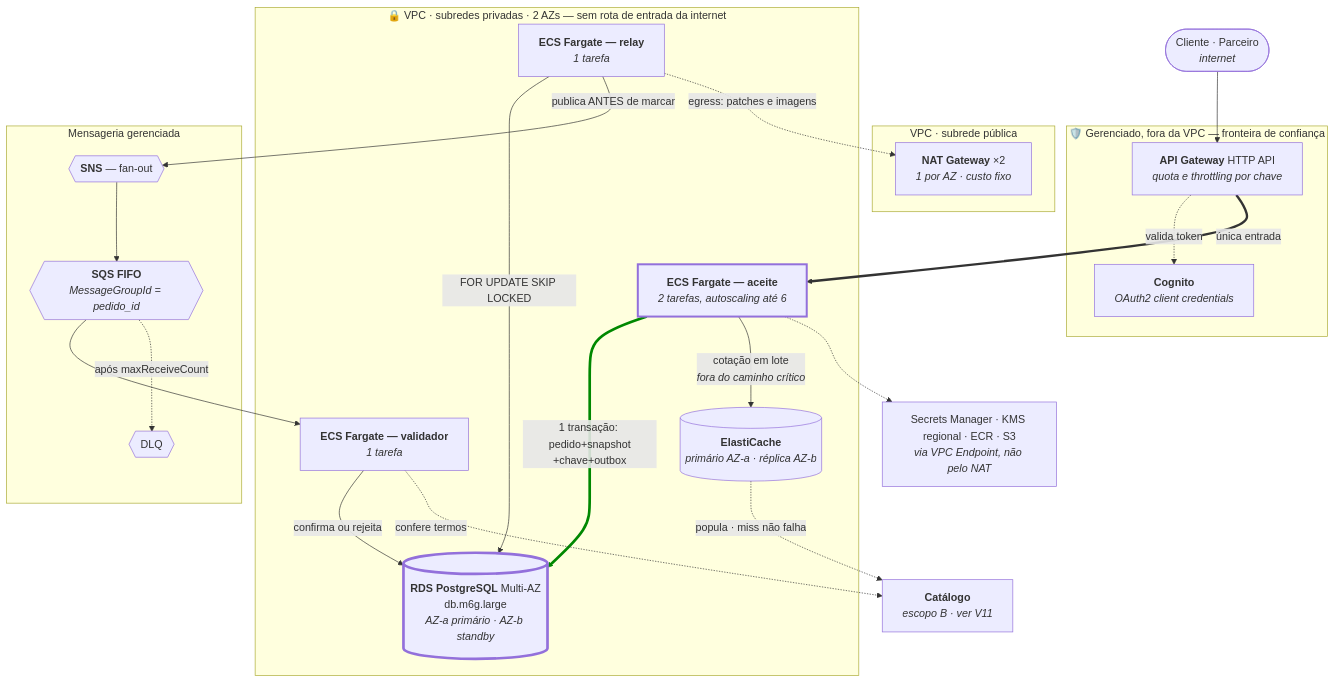
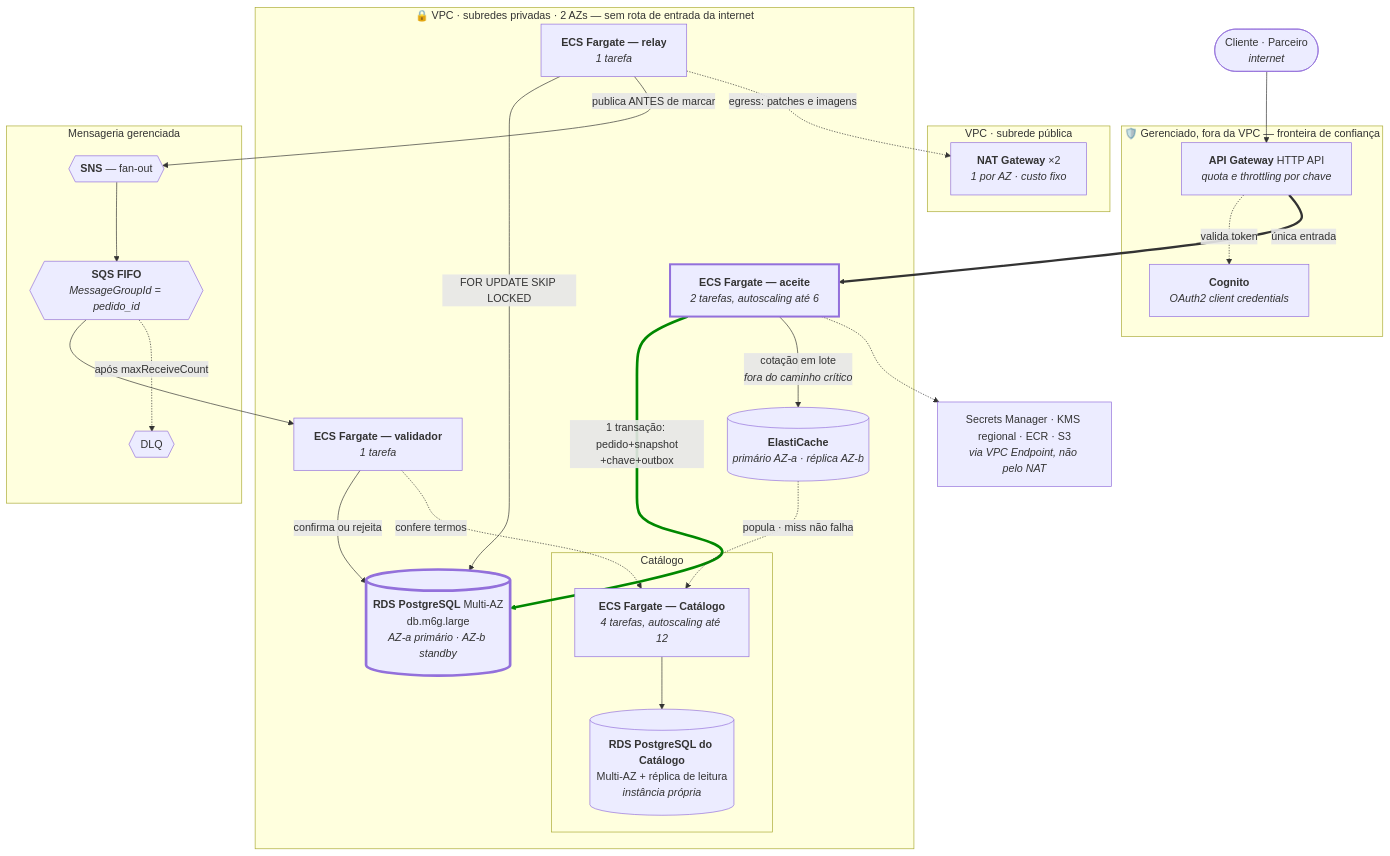
Before and after one commit to fmoreira1990/solution_architect: the diagram in docs/technical-context/servicos-aws.md, drawn with Mermaid. The commit also changed other lines of this file and 12 other files, not shown here.

````diff
--- a/docs/technical-context/servicos-aws.md
+++ b/docs/technical-context/servicos-aws.md
@@ -41,53 +41,58 @@
 ```mermaid
 flowchart TB
     ext(["Cliente · Parceiro<br/><i>internet</i>"])
 
     subgraph borda["🛡️ Gerenciado, fora da VPC — fronteira de confiança"]
         apigw["<b>API Gateway</b> HTTP API<br/><i>quota e throttling por chave</i>"]
         cognito["<b>Cognito</b><br/><i>OAuth2 client credentials</i>"]
     end
 
     subgraph pubnet["VPC · subrede pública"]
         nat["<b>NAT Gateway</b> ×2<br/><i>1 por AZ · custo fixo</i>"]
     end
 
     subgraph privnet["🔒 VPC · subredes privadas · 2 AZs — sem rota de entrada da internet"]
         aceite["<b>ECS Fargate — aceite</b><br/><i>2 tarefas, autoscaling até 6</i>"]
         relay["<b>ECS Fargate — relay</b><br/><i>1 tarefa</i>"]
         valid["<b>ECS Fargate — validador</b><br/><i>1 tarefa</i>"]
         rds[("<b>RDS PostgreSQL</b> Multi-AZ<br/>db.m6g.large<br/><i>AZ-a primário · AZ-b standby</i>")]
         cache[("<b>ElastiCache</b><br/><i>primário AZ-a · réplica AZ-b</i>")]
+
+        subgraph catb["Catálogo"]
+            catsvc["<b>ECS Fargate — Catálogo</b><br/><i>4 tarefas, autoscaling até 12</i>"]
+            catrds[("<b>RDS PostgreSQL do Catálogo</b><br/>Multi-AZ + réplica de leitura<br/><i>instância própria</i>")]
+        end
     end
 
     subgraph msg["Mensageria gerenciada"]
         sns{{"<b>SNS</b> — fan-out"}}
         sqs{{"<b>SQS FIFO</b><br/><i>MessageGroupId = pedido_id</i>"}}
         dlq{{"DLQ"}}
     end
 
     apoio["Secrets Manager · KMS regional · ECR · S3<br/><i>via VPC Endpoint, não pelo NAT</i>"]
-    cat["<b>Catálogo</b><br/><i>escopo B · ver V11</i>"]
 
     ext --> apigw
     apigw -.->|"valida token"| cognito
     apigw ==>|"única entrada"| aceite
 
     aceite ===>|"1 transação: pedido+snapshot<br/>+chave+outbox"| rds
     aceite -->|"cotação em lote<br/><i>fora do caminho crítico</i>"| cache
-    cache -.->|"popula · miss não falha"| cat
+    cache -.->|"popula · miss não falha"| catsvc
 
     relay -->|"FOR UPDATE SKIP LOCKED"| rds
     relay -->|"publica ANTES de marcar"| sns
     sns --> sqs
     sqs --> valid
     sqs -.->|"após maxReceiveCount"| dlq
     valid -->|"confirma ou rejeita"| rds
-    valid -.->|"confere termos"| cat
+    valid -.->|"confere termos"| catsvc
 
     aceite -.-> apoio
     relay -.->|"egress: patches e imagens"| nat
+    catsvc --> catrds
 
     style rds stroke-width:4px
     style aceite stroke-width:3px
     linkStyle 3 stroke:#080,stroke-width:4px
 ```
````
